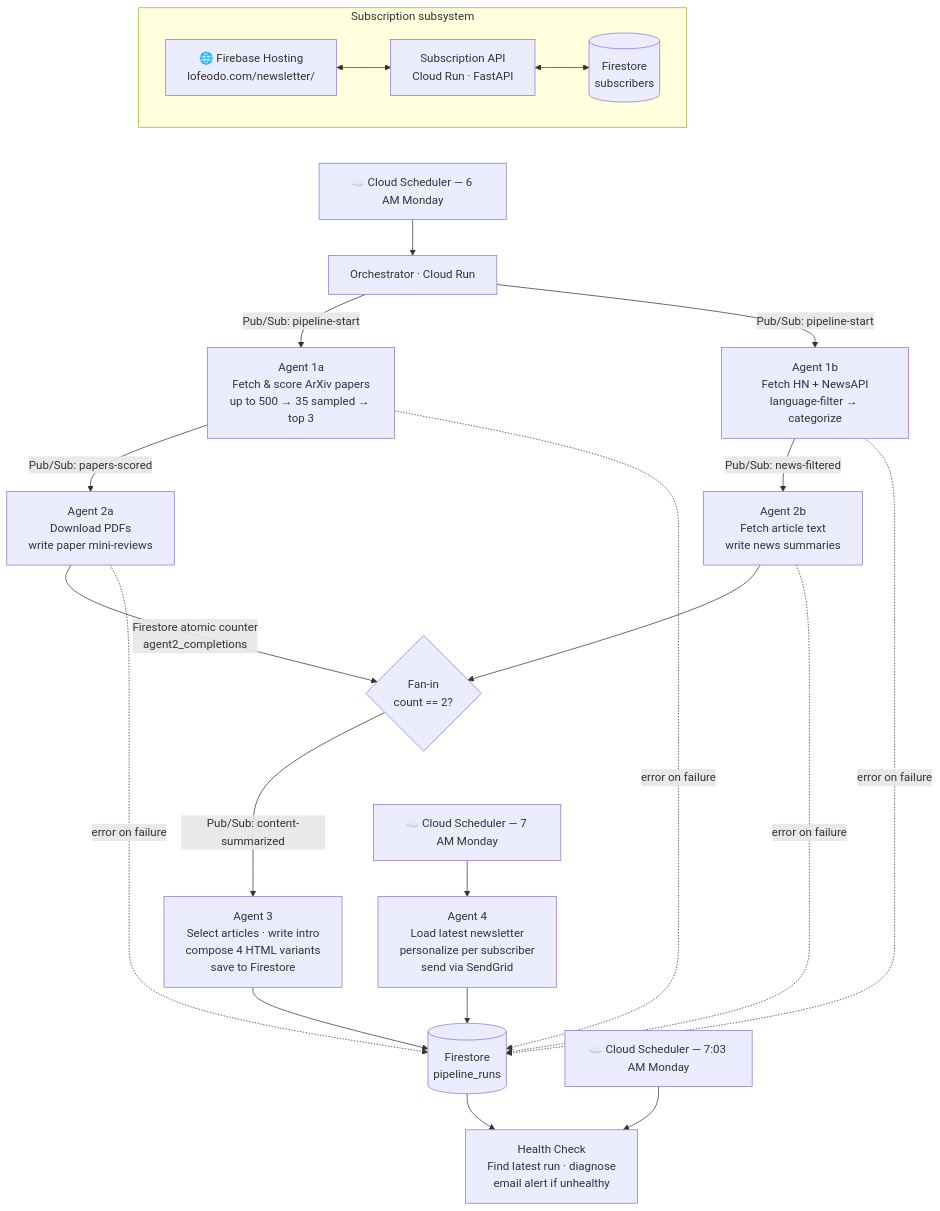
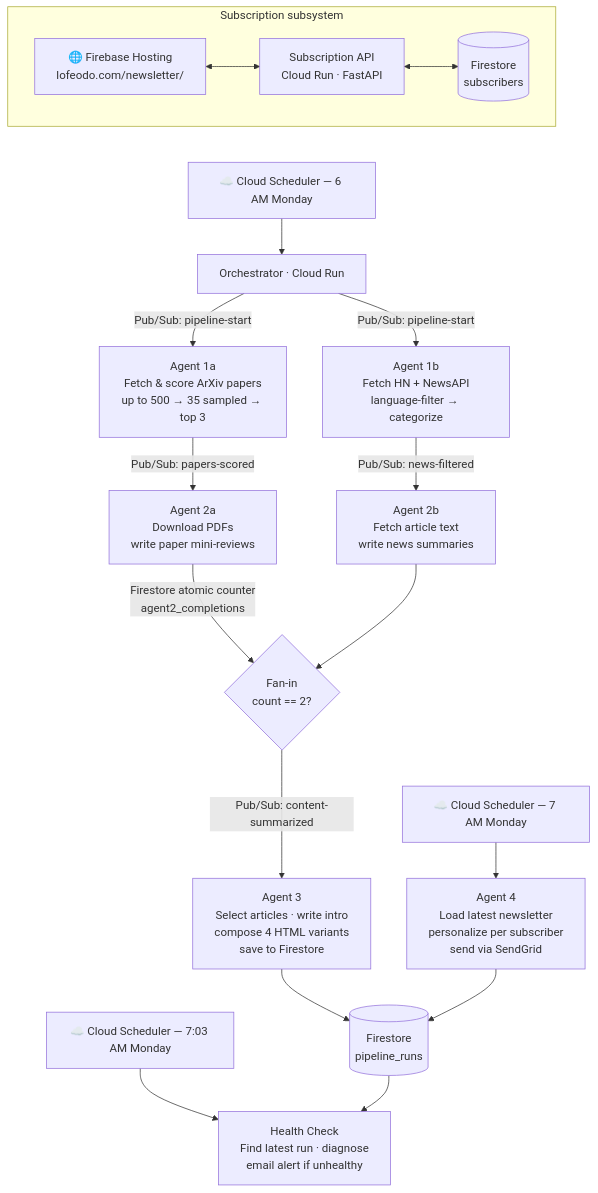
One commit to lofeodo/ai-news-agent changed the diagram in README.md. Above: the diagram before and after it, drawn with Mermaid.

Commit message:
docs: simplify mermaid diagram, drop per-agent error edges
Keeps the health-check node and its trigger at the bottom but removes the
four dashed error edges from agent1a/1b/2a/2b -- overcrowded the diagram
without adding much the CLAUDE.md prose doesn't already cover.

````diff
--- a/README.md
+++ b/README.md
@@ -9,37 +9,33 @@
 ```mermaid
 flowchart TB
     subgraph SUB["Subscription subsystem"]
         direction LR
         FE["🌐 Firebase Hosting\nlofeodo.com/newsletter/"] <--> SUBS["Subscription API\nCloud Run · FastAPI"]
         SUBS <--> FSS[("Firestore\nsubscribers")]
     end
 
     SUB ~~~ CS1
 
     CS1["☁️ Cloud Scheduler — 6 AM Monday"] --> ORC["Orchestrator · Cloud Run"]
 
     ORC -->|"Pub/Sub: pipeline-start"| A1A["Agent 1a\nFetch & score ArXiv papers\nup to 500 → 35 sampled → top 3"]
     ORC -->|"Pub/Sub: pipeline-start"| A1B["Agent 1b\nFetch HN + NewsAPI\nlanguage-filter → categorize"]
 
     A1A -->|"Pub/Sub: papers-scored"| A2A["Agent 2a\nDownload PDFs\nwrite paper mini-reviews"]
     A1B -->|"Pub/Sub: news-filtered"| A2B["Agent 2b\nFetch article text\nwrite news summaries"]
 
     A2A -->|"Firestore atomic counter\nagent2_completions"| FAN{"Fan-in\ncount == 2?"}
     A2B --> FAN
 
     FAN -->|"Pub/Sub: content-summarized"| A3["Agent 3\nSelect articles · write intro\ncompose 4 HTML variants\nsave to Firestore"]
 
     FAN ~~~ CS2
     CS2["☁️ Cloud Scheduler — 7 AM Monday"] --> A4["Agent 4\nLoad latest newsletter\npersonalize per subscriber\nsend via SendGrid"]
 
-    A1A -.->|"error on failure"| FSP
-    A1B -.->|"error on failure"| FSP
-    A2A -.->|"error on failure"| FSP
-    A2B -.->|"error on failure"| FSP
     A3 --> FSP[("Firestore\npipeline_runs")]
     A4 --> FSP
 
     FAN ~~~ CS3
     CS3["☁️ Cloud Scheduler — 7:03 AM Monday"] --> HC["Health Check\nFind latest run · diagnose\nemail alert if unhealthy"]
     FSP --> HC
 ```
````
